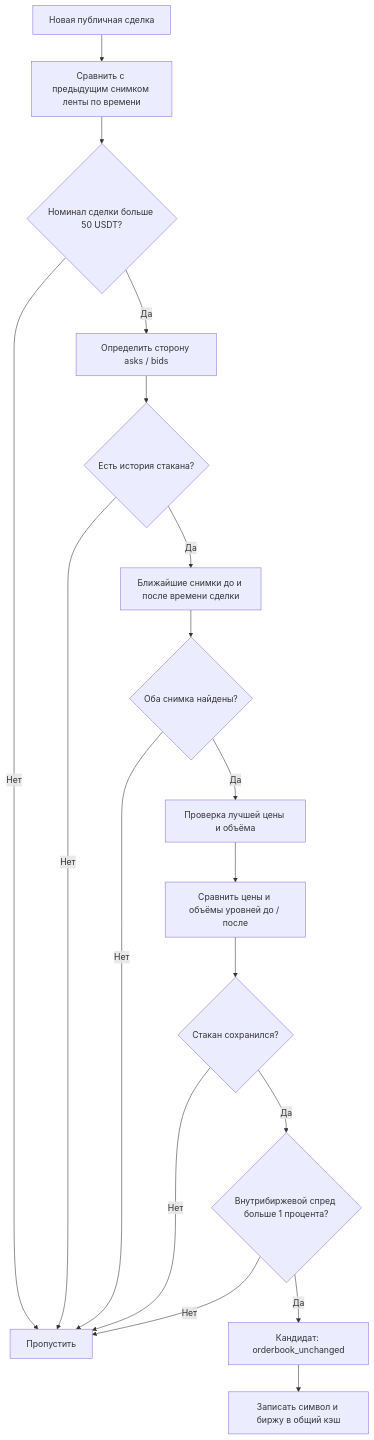
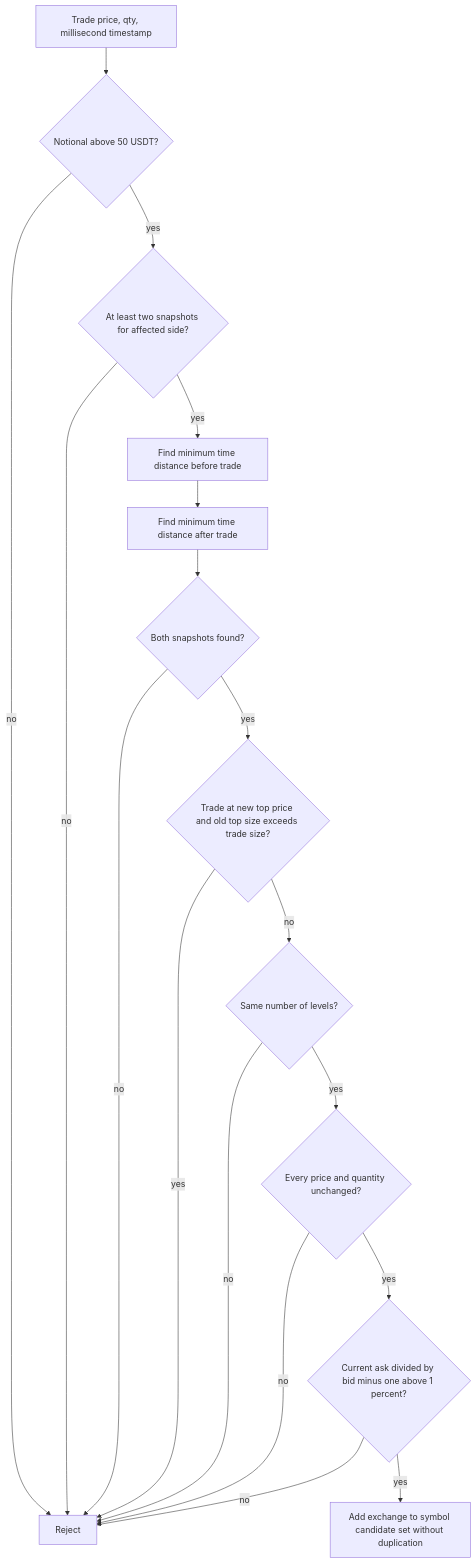
One commit to salyahcrypto1-beep/sc-market-maker changed the sixth of 14 diagrams in docs/ARCHITECTURE.md. Above: the diagram before and after it, drawn with Mermaid. The commit also changed other lines of this file and 38 other files, not shown here.

````diff
--- a/docs/ARCHITECTURE.md
+++ b/docs/ARCHITECTURE.md
@@ -66,20 +129,20 @@
 ```mermaid
 flowchart TD
-    T[Новая публичная сделка] --> DEDUP[Сравнить с предыдущим снимком ленты по времени]
-    DEDUP --> SIZE{Номинал сделки больше 50 USDT?}
-    SIZE -- Нет --> STOP[Пропустить]
-    SIZE -- Да --> SIDE[Определить сторону asks / bids]
-    SIDE --> HISTORY{Есть история стакана?}
-    HISTORY -- Нет --> STOP
-    HISTORY -- Да --> NEAREST[Ближайшие снимки до и после времени сделки]
-    NEAREST --> BOTH{Оба снимка найдены?}
-    BOTH -- Нет --> STOP
-    BOTH -- Да --> FIRST[Проверка лучшей цены и объёма]
-    FIRST --> LEVELS[Сравнить цены и объёмы уровней до / после]
-    LEVELS --> SAME{Стакан сохранился?}
-    SAME -- Нет --> STOP
-    SAME -- Да --> SPREAD{Внутрибиржевой спред больше 1 процента?}
-    SPREAD -- Нет --> STOP
-    SPREAD -- Да --> CANDIDATE[Кандидат: orderbook_unchanged]
-    CANDIDATE --> C[Записать символ и биржу в общий кэш]
+    T[Trade price, qty, millisecond timestamp] --> USD{Notional above 50 USDT?}
+    USD -- no --> DROP[Reject]
+    USD -- yes --> HIST{At least two snapshots for affected side?}
+    HIST -- no --> DROP
+    HIST -- yes --> B[Find minimum time distance before trade]
+    B --> A[Find minimum time distance after trade]
+    A --> BOTH{Both snapshots found?}
+    BOTH -- no --> DROP
+    BOTH -- yes --> PART{Trade at new top price and old top size exceeds trade size?}
+    PART -- yes --> DROP
+    PART -- no --> LEN{Same number of levels?}
+    LEN -- no --> DROP
+    LEN -- yes --> EQ{Every price and quantity unchanged?}
+    EQ -- no --> DROP
+    EQ -- yes --> SP{Current ask divided by bid minus one above 1 percent?}
+    SP -- no --> DROP
+    SP -- yes --> ADD[Add exchange to symbol candidate set without duplication]
 ```
````
